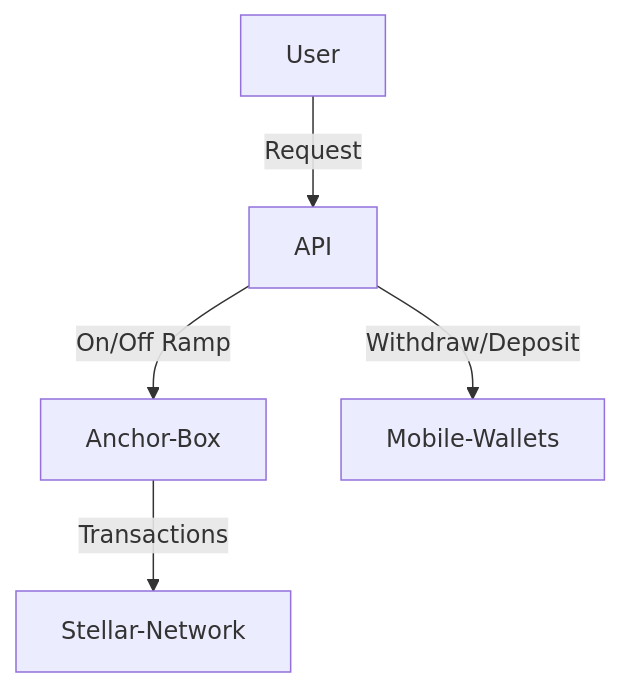
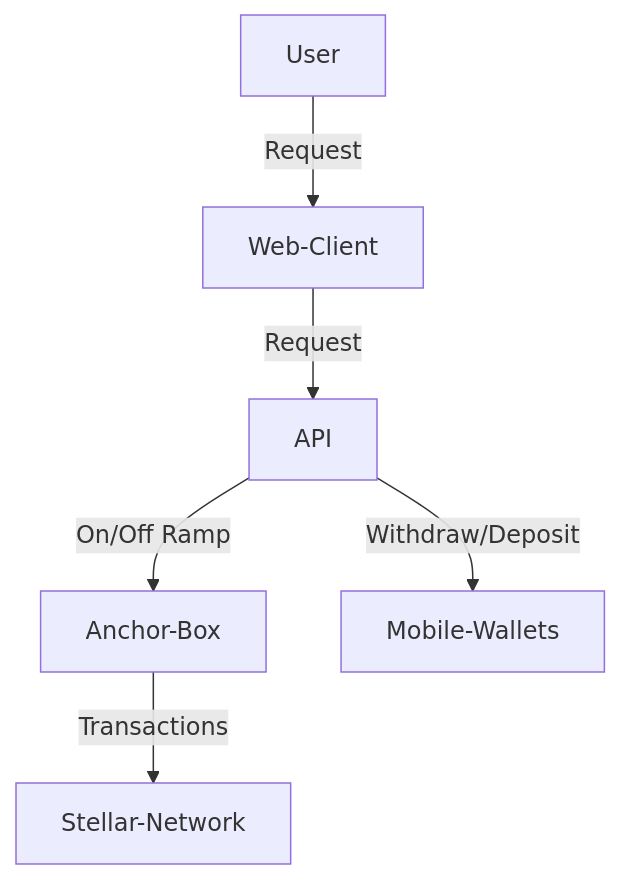
The first of 2 diagrams in README.md (HabibX/AfripayFinance), drawn with Mermaid before and after one commit. The commit also changed other lines of this file, not shown here.

Commit message:
fix diagrams

````diff
--- a/README.md
+++ b/README.md
@@ -39,7 +39,8 @@
 ```mermaid
 graph TD;
-    User -->|Request| API;
+    User -->|Request| Web-Client;
+    Web-Client --> |Request| API
     API -->|On/Off Ramp| Anchor-Box;
     Anchor-Box -->|Transactions| Stellar-Network;
     API -->|Withdraw/Deposit| Mobile-Wallets;
 ```
````
